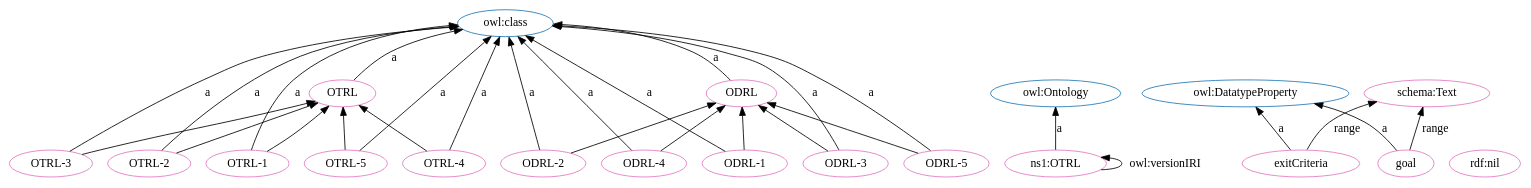
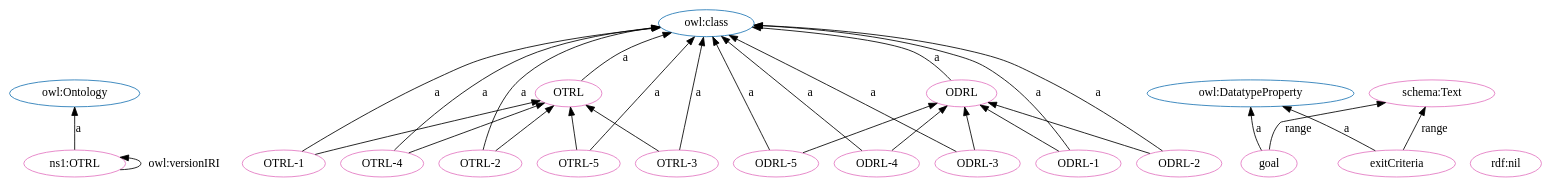
Before and after one commit to OPEN-NEXT/OKH-LOSH: the diagram in OTRL.dot, drawn with Graphviz. The commit also changed other lines of this file and 15 other files, not shown here.

```diff
--- a/OTRL.dot
+++ b/OTRL.dot
@@ -1,54 +1,54 @@
 digraph G {
   rankdir=BT
   node[height=.3]
+"http://www.w3.org/2002/07/owl#Ontology" [fillcolor="#1f77b4" color="#1f77b4" label="owl:Ontology"]
+"http://purl.org/oseg/ontologies/OTRL#OTRL" [fillcolor="#1f77b4" color="#1f77b4" label="OTRL"]
+"http://purl.org/oseg/ontologies/OTRL#ODRL" [fillcolor="#1f77b4" color="#1f77b4" label="ODRL"]
+"http://www.w3.org/2002/07/owl#DatatypeProperty" [fillcolor="#1f77b4" color="#1f77b4" label="owl:DatatypeProperty"]
 "http://www.w3.org/2002/07/owl#class" [fillcolor="#1f77b4" color="#1f77b4" label="owl:class"]
-"http://purl.org/oseg/ontologies/OTRL#OTRL" [fillcolor="#1f77b4" color="#1f77b4" label="OTRL"]
-"http://www.w3.org/2002/07/owl#Ontology" [fillcolor="#1f77b4" color="#1f77b4" label="owl:Ontology"]
-"http://www.w3.org/2002/07/owl#DatatypeProperty" [fillcolor="#1f77b4" color="#1f77b4" label="owl:DatatypeProperty"]
-"http://purl.org/oseg/ontologies/OTRL#ODRL" [fillcolor="#1f77b4" color="#1f77b4" label="ODRL"]
+"http://purl.org/oseg/ontologies/OTRL#OTRL" [fillcolor="#e377c2" color="#e377c2" label="OTRL"]
 "http://purl.org/oseg/ontologies/OTRL#ODRL" [fillcolor="#e377c2" color="#e377c2" label="ODRL"]
-"http://purl.org/oseg/ontologies/OTRL#OTRL" [fillcolor="#e377c2" color="#e377c2" label="OTRL"]
+"http://purl.org/oseg/ontologies/OTRL" [fillcolor="#e377c2" color="#e377c2" label="ns1:OTRL"]
+"http://www.w3.org/1999/02/22-rdf-syntax-ns#nil" [fillcolor="#e377c2" color="#e377c2" label="rdf:nil"]
 "http://purl.org/oseg/ontologies/OTRL#ODRL-4" [fillcolor="#e377c2" color="#e377c2" label="ODRL-4"]
-"http://www.w3.org/1999/02/22-rdf-syntax-ns#nil" [fillcolor="#e377c2" color="#e377c2" label="rdf:nil"]
+"http://purl.org/oseg/ontologies/OTRL#ODRL-5" [fillcolor="#e377c2" color="#e377c2" label="ODRL-5"]
+"http://purl.org/oseg/ontologies/OTRL#OTRL-4" [fillcolor="#e377c2" color="#e377c2" label="OTRL-4"]
+"http://purl.org/oseg/ontologies/OTRL#goal" [fillcolor="#e377c2" color="#e377c2" label="goal"]
+"http://purl.org/oseg/ontologies/OTRL#OTRL-1" [fillcolor="#e377c2" color="#e377c2" label="OTRL-1"]
+"http://purl.org/oseg/ontologies/OTRL#exitCriteria" [fillcolor="#e377c2" color="#e377c2" label="exitCriteria"]
 "http://purl.org/oseg/ontologies/OTRL#OTRL-2" [fillcolor="#e377c2" color="#e377c2" label="OTRL-2"]
+"http://purl.org/oseg/ontologies/OTRL#ODRL-3" [fillcolor="#e377c2" color="#e377c2" label="ODRL-3"]
+"http://purl.org/oseg/ontologies/OTRL#ODRL-2" [fillcolor="#e377c2" color="#e377c2" label="ODRL-2"]
+"http://schema.org/Text" [fillcolor="#e377c2" color="#e377c2" label="schema:Text"]
+"http://purl.org/oseg/ontologies/OTRL#ODRL-1" [fillcolor="#e377c2" color="#e377c2" label="ODRL-1"]
 "http://purl.org/oseg/ontologies/OTRL#OTRL-3" [fillcolor="#e377c2" color="#e377c2" label="OTRL-3"]
-"http://purl.org/oseg/ontologies/OTRL#ODRL-2" [fillcolor="#e377c2" color="#e377c2" label="ODRL-2"]
-"http://purl.org/oseg/ontologies/OTRL#OTRL-1" [fillcolor="#e377c2" color="#e377c2" label="OTRL-1"]
-"http://purl.org/oseg/ontologies/OTRL" [fillcolor="#e377c2" color="#e377c2" label="ns1:OTRL"]
-"http://purl.org/oseg/ontologies/OTRL#ODRL-1" [fillcolor="#e377c2" color="#e377c2" label="ODRL-1"]
-"http://purl.org/oseg/ontologies/OTRL#ODRL-5" [fillcolor="#e377c2" color="#e377c2" label="ODRL-5"]
-"http://purl.org/oseg/ontologies/OTRL#exitCriteria" [fillcolor="#e377c2" color="#e377c2" label="exitCriteria"]
-"http://schema.org/Text" [fillcolor="#e377c2" color="#e377c2" label="schema:Text"]
-"http://purl.org/oseg/ontologies/OTRL#goal" [fillcolor="#e377c2" color="#e377c2" label="goal"]
-"http://purl.org/oseg/ontologies/OTRL#OTRL-4" [fillcolor="#e377c2" color="#e377c2" label="OTRL-4"]
 "http://purl.org/oseg/ontologies/OTRL#OTRL-5" [fillcolor="#e377c2" color="#e377c2" label="OTRL-5"]
-"http://purl.org/oseg/ontologies/OTRL#ODRL-3" [fillcolor="#e377c2" color="#e377c2" label="ODRL-3"]
+  "http://purl.org/oseg/ontologies/OTRL" -> "http://purl.org/oseg/ontologies/OTRL" [label="owl:versionIRI"]
   "http://purl.org/oseg/ontologies/OTRL#ODRL-5" -> "http://purl.org/oseg/ontologies/OTRL#ODRL" [label=""]
+  "http://purl.org/oseg/ontologies/OTRL#OTRL-4" -> "http://www.w3.org/2002/07/owl#class" [label="a"]
+  "http://purl.org/oseg/ontologies/OTRL#ODRL-3" -> "http://purl.org/oseg/ontologies/OTRL#ODRL" [label=""]
+  "http://purl.org/oseg/ontologies/OTRL#OTRL-2" -> "http://www.w3.org/2002/07/owl#class" [label="a"]
+  "http://purl.org/oseg/ontologies/OTRL#OTRL-1" -> "http://purl.org/oseg/ontologies/OTRL#OTRL" [label=""]
+  "http://purl.org/oseg/ontologies/OTRL#ODRL-2" -> "http://www.w3.org/2002/07/owl#class" [label="a"]
+  "http://purl.org/oseg/ontologies/OTRL#ODRL-2" -> "http://purl.org/oseg/ontologies/OTRL#ODRL" [label=""]
+  "http://purl.org/oseg/ontologies/OTRL#OTRL-2" -> "http://purl.org/oseg/ontologies/OTRL#OTRL" [label=""]
+  "http://purl.org/oseg/ontologies/OTRL#goal" -> "http://schema.org/Text" [label="range"]
+  "http://purl.org/oseg/ontologies/OTRL#exitCriteria" -> "http://schema.org/Text" [label="range"]
+  "http://purl.org/oseg/ontologies/OTRL#OTRL-5" -> "http://www.w3.org/2002/07/owl#class" [label="a"]
+  "http://purl.org/oseg/ontologies/OTRL#OTRL-4" -> "http://purl.org/oseg/ontologies/OTRL#OTRL" [label=""]
+  "http://purl.org/oseg/ontologies/OTRL#ODRL-4" -> "http://purl.org/oseg/ontologies/OTRL#ODRL" [label=""]
+  "http://purl.org/oseg/ontologies/OTRL#OTRL-3" -> "http://purl.org/oseg/ontologies/OTRL#OTRL" [label=""]
+  "http://purl.org/oseg/ontologies/OTRL#OTRL-5" -> "http://purl.org/oseg/ontologies/OTRL#OTRL" [label=""]
   "http://purl.org/oseg/ontologies/OTRL#ODRL-4" -> "http://www.w3.org/2002/07/owl#class" [label="a"]
+  "http://purl.org/oseg/ontologies/OTRL" -> "http://www.w3.org/2002/07/owl#Ontology" [label="a"]
+  "http://purl.org/oseg/ontologies/OTRL#OTRL" -> "http://www.w3.org/2002/07/owl#class" [label="a"]
+  "http://purl.org/oseg/ontologies/OTRL#ODRL-1" -> "http://purl.org/oseg/ontologies/OTRL#ODRL" [label=""]
+  "http://purl.org/oseg/ontologies/OTRL#ODRL-5" -> "http://www.w3.org/2002/07/owl#class" [label="a"]
+  "http://purl.org/oseg/ontologies/OTRL#goal" -> "http://www.w3.org/2002/07/owl#DatatypeProperty" [label="a"]
+  "http://purl.org/oseg/ontologies/OTRL#OTRL-1" -> "http://www.w3.org/2002/07/owl#class" [label="a"]
+  "http://purl.org/oseg/ontologies/OTRL#exitCriteria" -> "http://www.w3.org/2002/07/owl#DatatypeProperty" [label="a"]
+  "http://purl.org/oseg/ontologies/OTRL#ODRL-3" -> "http://www.w3.org/2002/07/owl#class" [label="a"]
+  "http://purl.org/oseg/ontologies/OTRL#ODRL" -> "http://www.w3.org/2002/07/owl#class" [label="a"]
+  "http://purl.org/oseg/ontologies/OTRL#ODRL-1" -> "http://www.w3.org/2002/07/owl#class" [label="a"]
   "http://purl.org/oseg/ontologies/OTRL#OTRL-3" -> "http://www.w3.org/2002/07/owl#class" [label="a"]
-  "http://purl.org/oseg/ontologies/OTRL#ODRL-3" -> "http://purl.org/oseg/ontologies/OTRL#ODRL" [label=""]
-  "http://purl.org/oseg/ontologies/OTRL" -> "http://purl.org/oseg/ontologies/OTRL" [label="owl:versionIRI"]
-  "http://purl.org/oseg/ontologies/OTRL#ODRL-4" -> "http://purl.org/oseg/ontologies/OTRL#ODRL" [label=""]
-  "http://purl.org/oseg/ontologies/OTRL#OTRL-2" -> "http://purl.org/oseg/ontologies/OTRL#OTRL" [label=""]
-  "http://purl.org/oseg/ontologies/OTRL#goal" -> "http://www.w3.org/2002/07/owl#DatatypeProperty" [label="a"]
-  "http://purl.org/oseg/ontologies/OTRL#goal" -> "http://schema.org/Text" [label="range"]
-  "http://purl.org/oseg/ontologies/OTRL#OTRL-5" -> "http://www.w3.org/2002/07/owl#class" [label="a"]
-  "http://purl.org/oseg/ontologies/OTRL#OTRL-5" -> "http://purl.org/oseg/ontologies/OTRL#OTRL" [label=""]
-  "http://purl.org/oseg/ontologies/OTRL#ODRL" -> "http://www.w3.org/2002/07/owl#class" [label="a"]
-  "http://purl.org/oseg/ontologies/OTRL#OTRL" -> "http://www.w3.org/2002/07/owl#class" [label="a"]
-  "http://purl.org/oseg/ontologies/OTRL#OTRL-2" -> "http://www.w3.org/2002/07/owl#class" [label="a"]
-  "http://purl.org/oseg/ontologies/OTRL#ODRL-2" -> "http://www.w3.org/2002/07/owl#class" [label="a"]
-  "http://purl.org/oseg/ontologies/OTRL#OTRL-1" -> "http://www.w3.org/2002/07/owl#class" [label="a"]
-  "http://purl.org/oseg/ontologies/OTRL#ODRL-1" -> "http://www.w3.org/2002/07/owl#class" [label="a"]
-  "http://purl.org/oseg/ontologies/OTRL#ODRL-5" -> "http://www.w3.org/2002/07/owl#class" [label="a"]
-  "http://purl.org/oseg/ontologies/OTRL#ODRL-2" -> "http://purl.org/oseg/ontologies/OTRL#ODRL" [label=""]
-  "http://purl.org/oseg/ontologies/OTRL#OTRL-3" -> "http://purl.org/oseg/ontologies/OTRL#OTRL" [label=""]
-  "http://purl.org/oseg/ontologies/OTRL#exitCriteria" -> "http://www.w3.org/2002/07/owl#DatatypeProperty" [label="a"]
-  "http://purl.org/oseg/ontologies/OTRL#exitCriteria" -> "http://schema.org/Text" [label="range"]
-  "http://purl.org/oseg/ontologies/OTRL" -> "http://www.w3.org/2002/07/owl#Ontology" [label="a"]
-  "http://purl.org/oseg/ontologies/OTRL#OTRL-1" -> "http://purl.org/oseg/ontologies/OTRL#OTRL" [label=""]
-  "http://purl.org/oseg/ontologies/OTRL#OTRL-4" -> "http://www.w3.org/2002/07/owl#class" [label="a"]
-  "http://purl.org/oseg/ontologies/OTRL#ODRL-1" -> "http://purl.org/oseg/ontologies/OTRL#ODRL" [label=""]
-  "http://purl.org/oseg/ontologies/OTRL#ODRL-3" -> "http://www.w3.org/2002/07/owl#class" [label="a"]
-  "http://purl.org/oseg/ontologies/OTRL#OTRL-4" -> "http://purl.org/oseg/ontologies/OTRL#OTRL" [label=""]
 }
```
